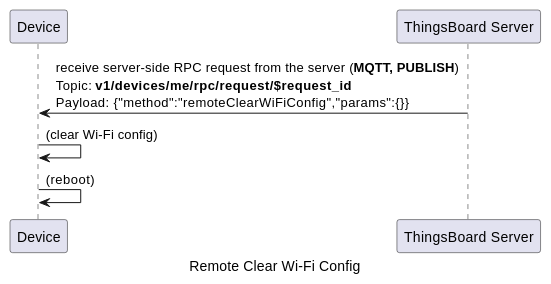
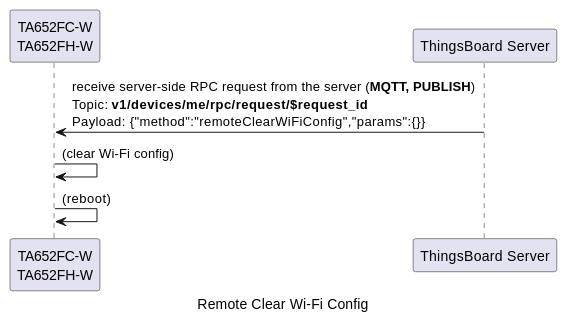
One commit to avantec-iot/avantec-thingsboard changed diagram 17 of 17 in docs/device/ta652fc-w/ta652fc-w-mqtt-api.rst. Above: the diagram before and after it, drawn with PlantUML. The commit also changed other lines of this file and 9 other files, not shown here.

```diff
--- a/docs/device/ta652fc-w/ta652fc-w-mqtt-api.rst
+++ b/docs/device/ta652fc-w/ta652fc-w-mqtt-api.rst
@@ -1000,10 +1000,10 @@
   .. uml::
 
     caption  Remote Clear Wi-Fi Config
 
-    participant "Device" as TBDev order 10
+    participant "TA652FC-W\nTA652FH-W" as TBDev order 10
     participant "ThingsBoard Server"  as TBSrv order 20
 
     TBDev <-  TBSrv: receive server-side RPC request from the server (**MQTT, PUBLISH**) \nTopic: **v1/devices/me/rpc/request/$request_id** \nPayload: {"method":"remoteClearWiFiConfig","params":{}}
     TBDev ->  TBDev: (clear Wi-Fi config)
     TBDev ->  TBDev: (reboot)
```
